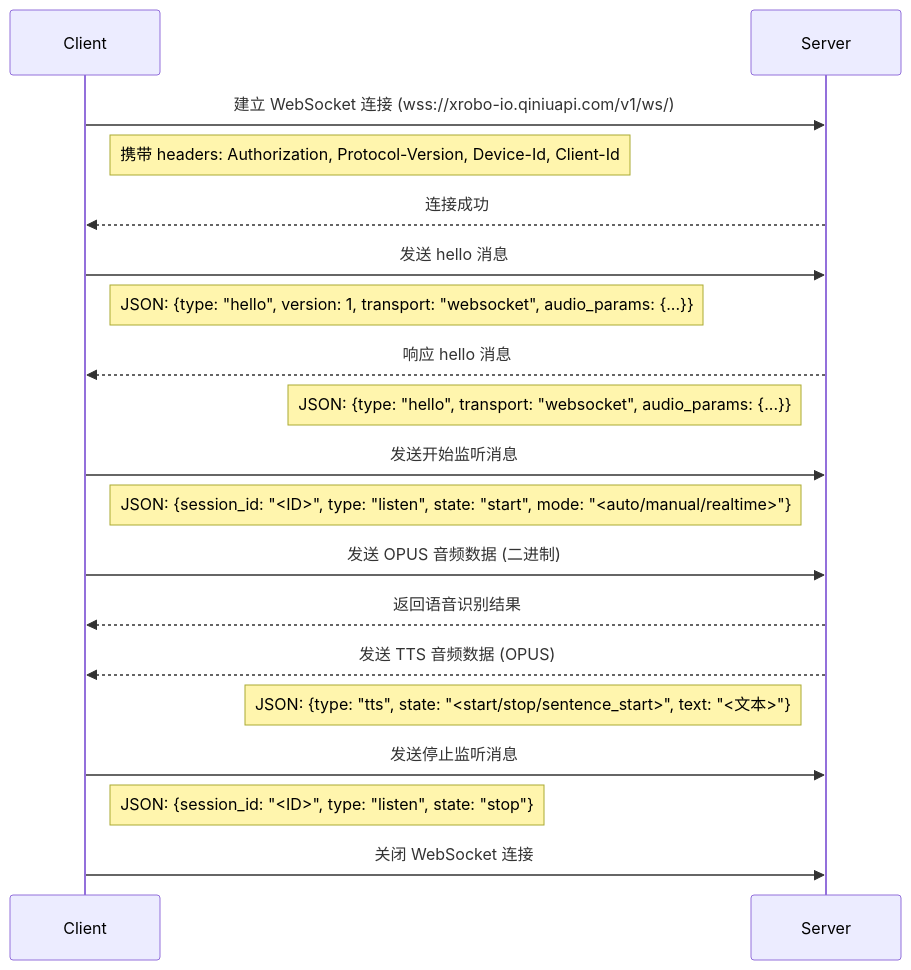
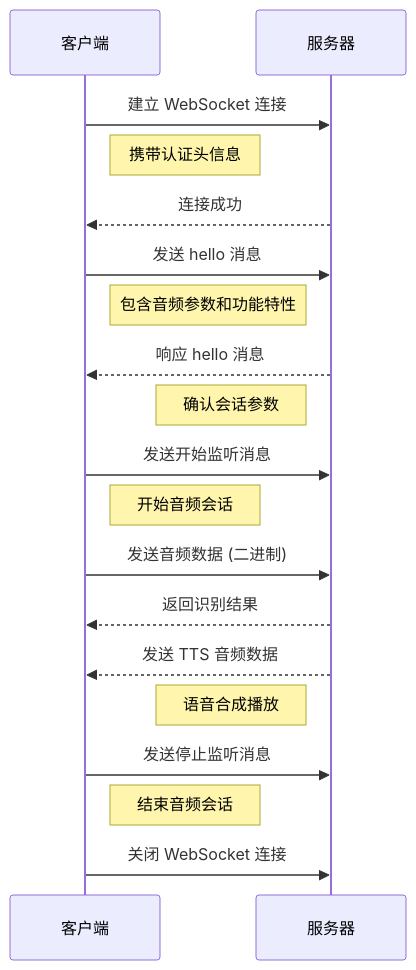
One commit to qiniu/Xrobot-docs changed the second of 2 diagrams in docs/xrobot/platform/websocket.md. Above: the diagram before and after it, drawn with Mermaid. The commit also changed other lines of this file and 3 other files, not shown here.

````diff
--- a/docs/xrobot/platform/websocket.md
+++ b/docs/xrobot/platform/websocket.md
@@ -46,27 +194,27 @@
 ```mermaid
 sequenceDiagram
-    participant Client
-    participant Server
+    participant Client as 客户端
+    participant Server as 服务器
 
-    Client->>Server: 建立 WebSocket 连接 (wss://xrobo-io.qiniuapi.com/v1/ws/)
-    Note right of Client: 携带 headers: Authorization, Protocol-Version, Device-Id, Client-Id
+    Client->>Server: 建立 WebSocket 连接
+    Note right of Client: 携带认证头信息
     Server-->>Client: 连接成功
 
     Client->>Server: 发送 hello 消息
-    Note right of Client: JSON: {type: "hello", version: 1, transport: "websocket", audio_params: {...}}
+    Note right of Client: 包含音频参数和功能特性
     Server-->>Client: 响应 hello 消息
-    Note left of Server: JSON: {type: "hello", transport: "websocket", audio_params: {...}}
+    Note left of Server: 确认会话参数
 
     Client->>Server: 发送开始监听消息
-    Note right of Client: JSON: {session_id: "<ID>", type: "listen", state: "start", mode: "<auto/manual/realtime>"}
+    Note right of Client: 开始音频会话
 
-    Client->>Server: 发送 OPUS 音频数据 (二进制)
-    Server-->>Client: 返回语音识别结果
-    Server-->>Client: 发送 TTS 音频数据 (OPUS)
-    Note left of Server: JSON: {type: "tts", state: "<start/stop/sentence_start>", text: "<文本>"}
+    Client->>Server: 发送音频数据 (二进制)
+    Server-->>Client: 返回识别结果
+    Server-->>Client: 发送 TTS 音频数据
+    Note left of Server: 语音合成播放
 
     Client->>Server: 发送停止监听消息
-    Note right of Client: JSON: {session_id: "<ID>", type: "listen", state: "stop"}
+    Note right of Client: 结束音频会话
 
     Client->>Server: 关闭 WebSocket 连接
 ```
````
